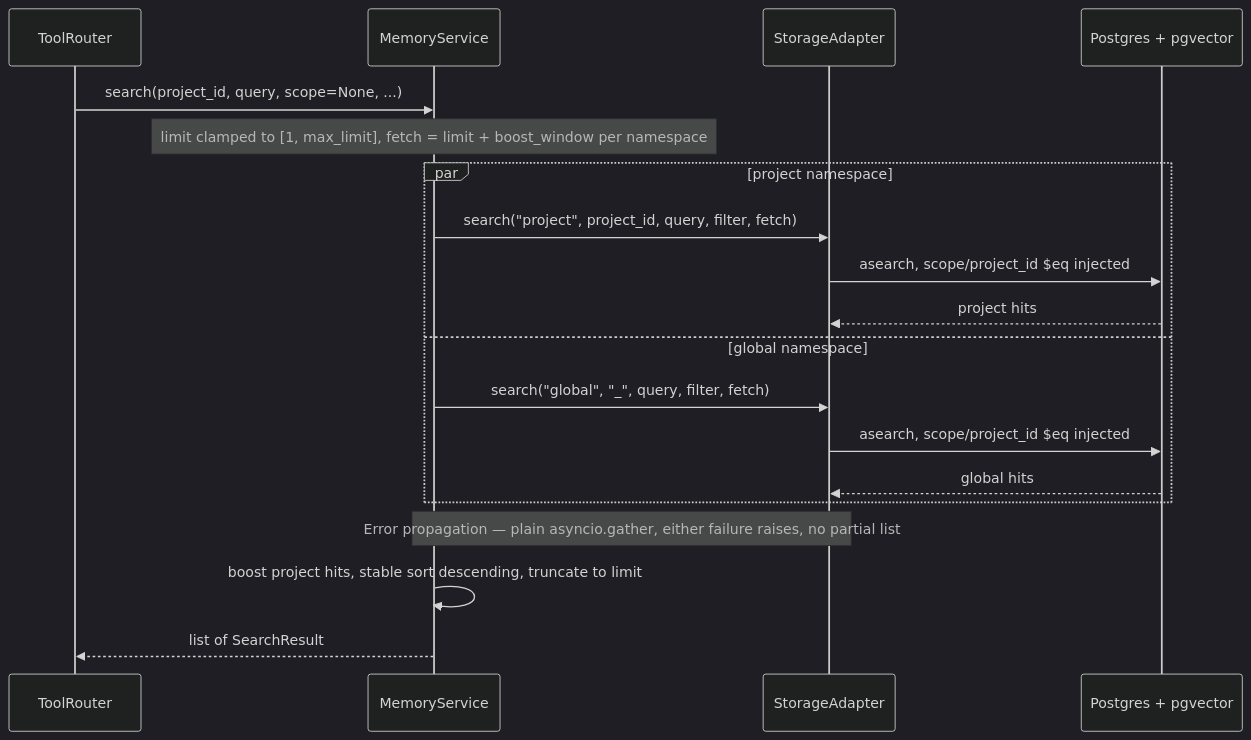
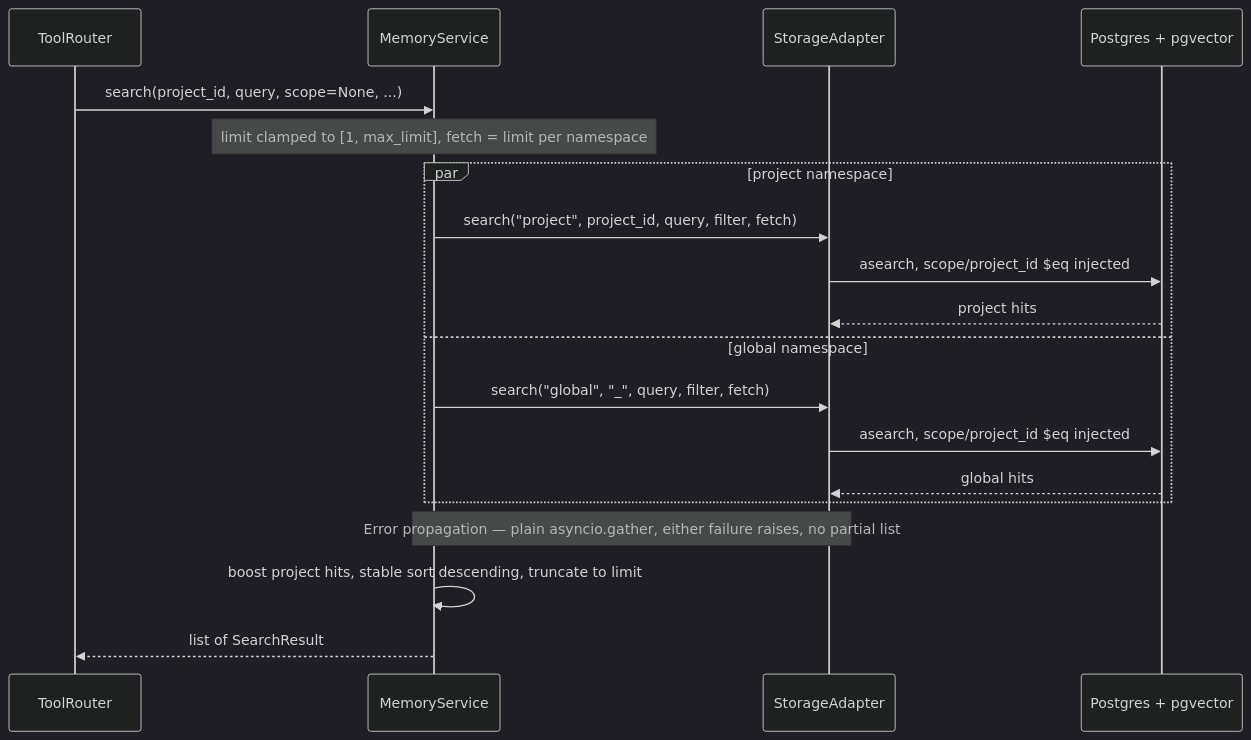
Before and after one commit to mironyx/recall: the first of 4 diagrams in docs/design/v2/lld-e2-search.md, drawn with Mermaid (dark theme). The commit also changed other lines of this file, not shown here.

Commit message:
docs: E2 LLD — drop boost_window, define score semantics, split router hardening (REC-7)

````diff
--- a/docs/design/v2/lld-e2-search.md
+++ b/docs/design/v2/lld-e2-search.md
@@ -151,22 +167,22 @@
 ```mermaid
 sequenceDiagram
     participant R as ToolRouter
     participant M as MemoryService
     participant S as StorageAdapter
     participant DB as Postgres + pgvector
 
     R->>M: search(project_id, query, scope=None, ...)
-    Note over M: limit clamped to [1, max_limit], fetch = limit + boost_window per namespace
+    Note over M: limit clamped to [1, max_limit], fetch = limit per namespace
     par project namespace
         M->>S: search("project", project_id, query, filter, fetch)
         S->>DB: asearch, scope/project_id $eq injected
         DB-->>S: project hits
     and global namespace
         M->>S: search("global", "_", query, filter, fetch)
         S->>DB: asearch, scope/project_id $eq injected
         DB-->>S: global hits
     end
     Note over M,S: Error propagation — plain asyncio.gather, either failure raises, no partial list
     M->>M: boost project hits, stable sort descending, truncate to limit
     M-->>R: list of SearchResult
 ```
````
